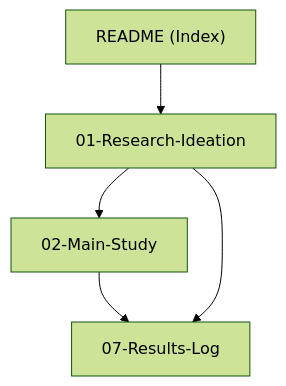
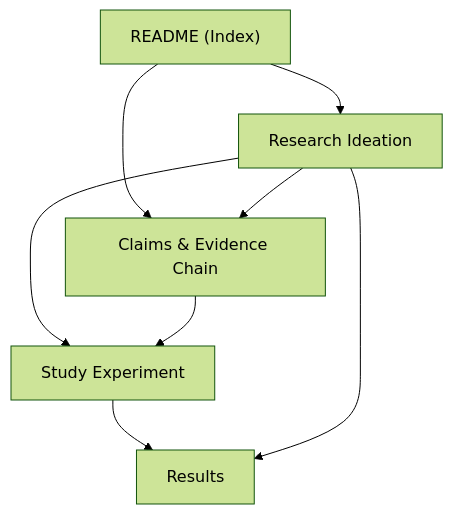
Before and after one commit to suryamanoj4/MLLM-quantization-research: the diagram in obsidian-docs/README.md, drawn with Mermaid (forest theme). The commit also changed other lines of this file and 2 other files, not shown here.

Commit message:
docs: add claims and link to hypothesis to them

````diff
--- a/obsidian-docs/README.md
+++ b/obsidian-docs/README.md
@@ -19,7 +19,10 @@
 ```mermaid
 graph TD
-    A["README (Index)"] --> B["01-Research-Ideation"]
-    B --> C["02-Main-Study"]
-    C --> D["07-Results-Log"]
+    A["README (Index)"] --> B["Research Ideation"]
+    A --> E["Claims & Evidence Chain"]
+    B --> E
+    B --> C["Study Experiment"]
+    C --> D["Results"]
     B --> D
+    E --> C
 ```
````
